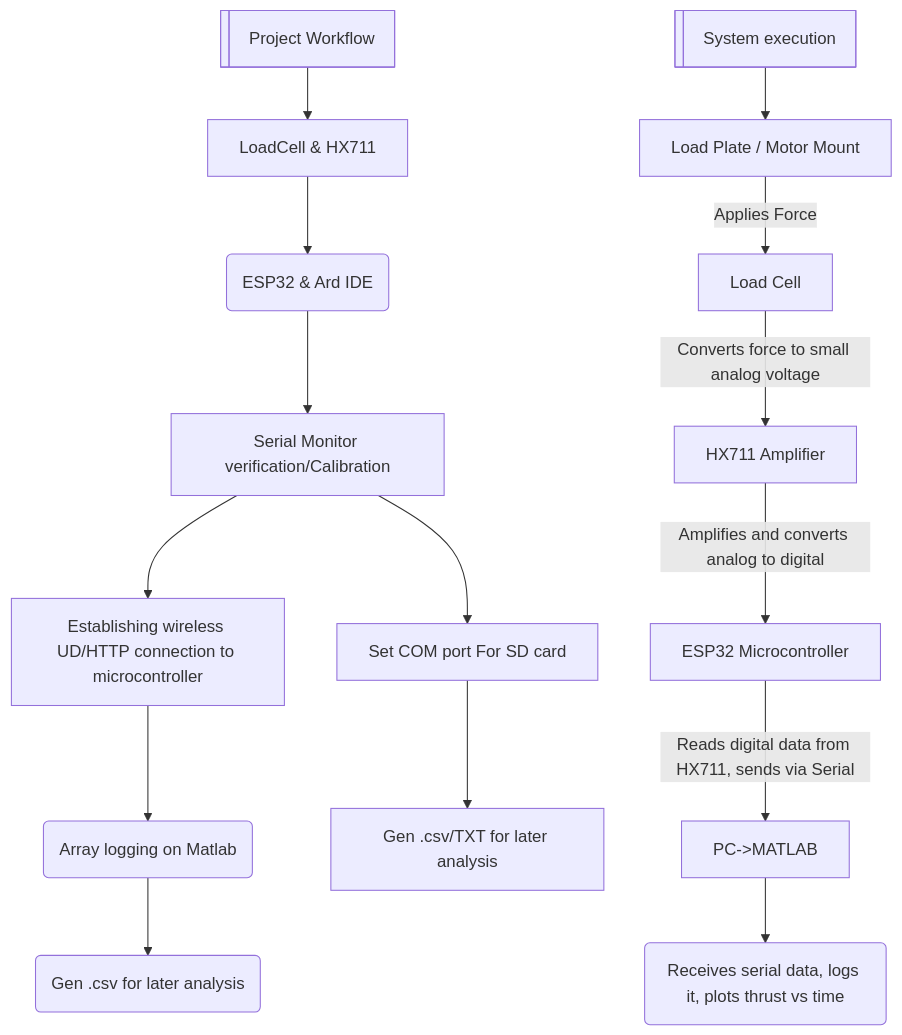
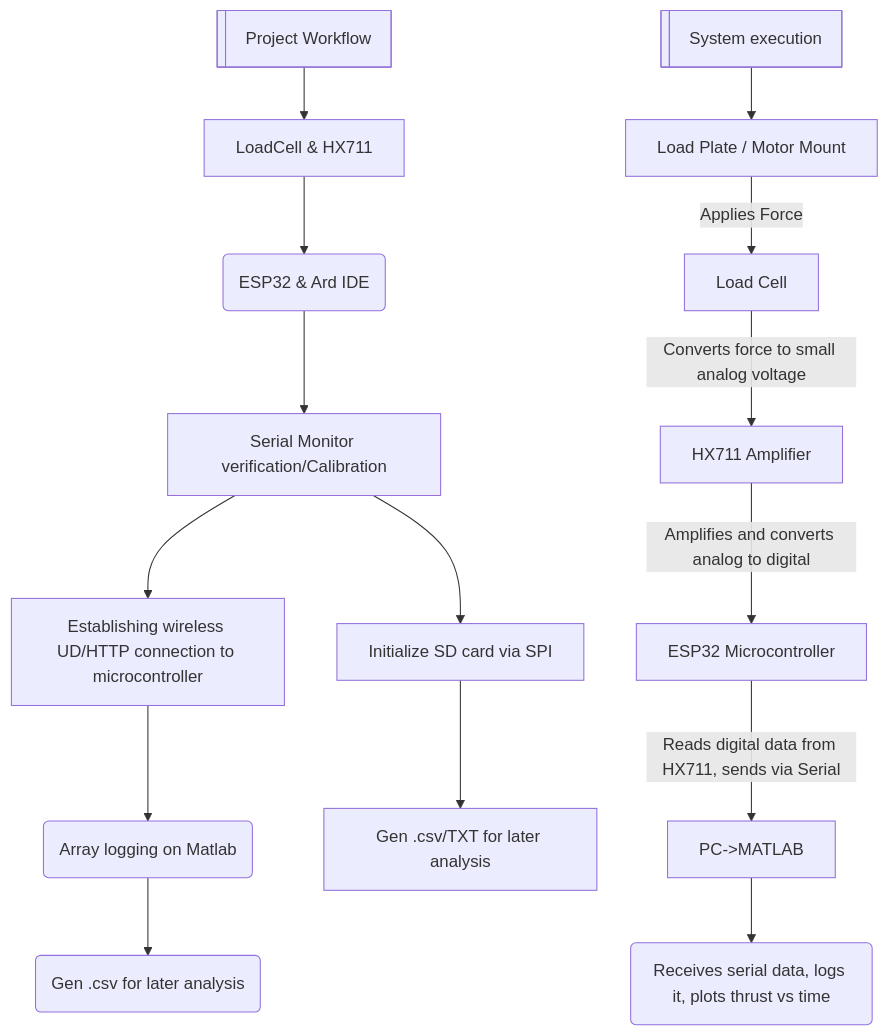
The diagram in README.md (TF-141-0/IITKRaSET_axial_thrust-Load-cell_amp-plot), drawn with Mermaid before and after one commit.

````diff
--- a/README.md
+++ b/README.md
@@ -4,19 +4,19 @@
 ```mermaid
 flowchart TD
     LIP[Project Workflow] -->B
     B[LoadCell & HX711] --> C(ESP32 & Ard IDE)
     C --> D[Serial Monitor verification/Calibration]
     D --> F[Establishing wireless UD/HTTP connection to microcontroller]
-    D --> G[Set COM port For SD card]
+    D --> G[Initialize SD card via SPI]
     F --> I(Array logging on Matlab)
     G --> H[Gen .csv/TXT for later analysis]
     I --> J(Gen .csv for later analysis)
 LIP@{ shape: lin-proc}
     LIP2[System execution] --> LP
     LP[ Load Plate / Motor Mount ] --> |Applies Force|AF[ Load Cell ]
      AF -->|Converts force to small analog voltage|HX[HX711 Amplifier]
      HX -->|Amplifies and converts analog to digital|ESP[ ESP32 Microcontroller ]
      ESP -->|Reads digital data from HX711, sends via Serial|MT[ PC->MATLAB ]
      MT -->SX(Receives serial data, logs it, plots thrust vs time)
 LIP2@{ shape: lin-proc}
   ```
````
